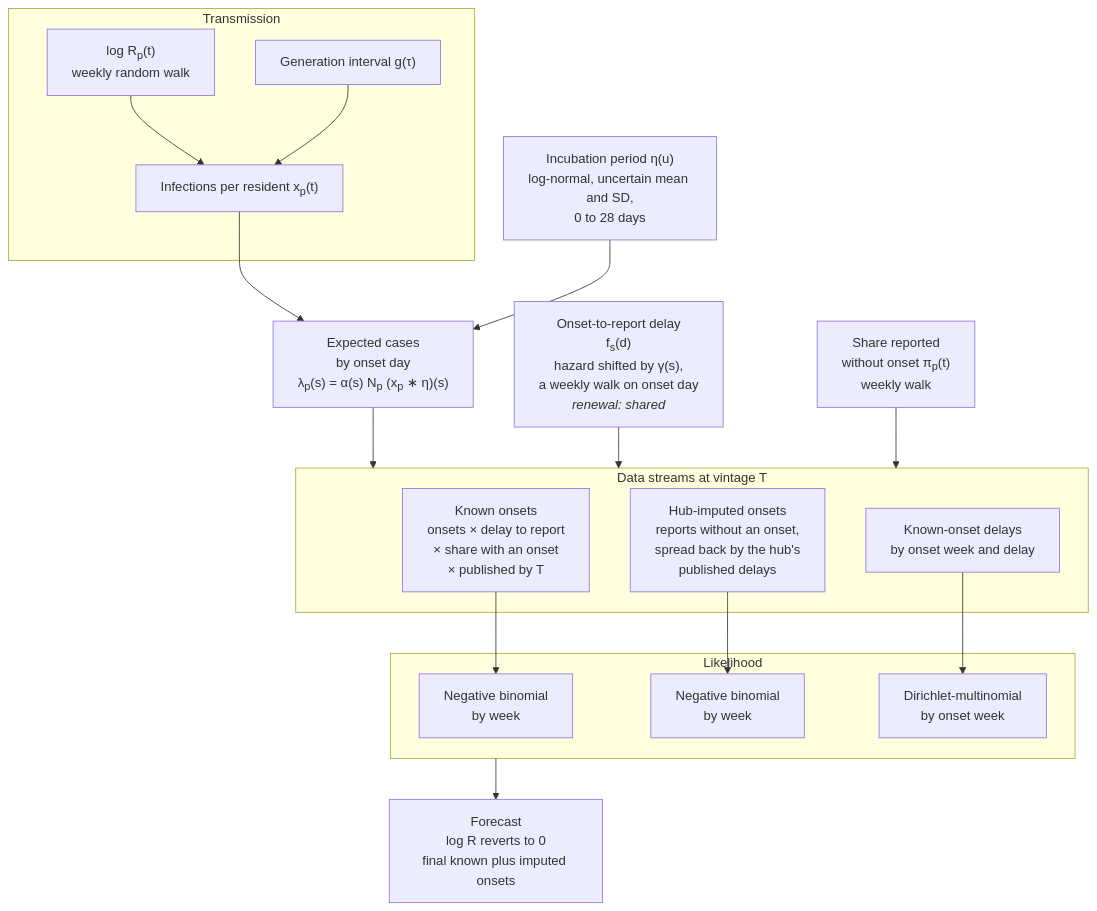
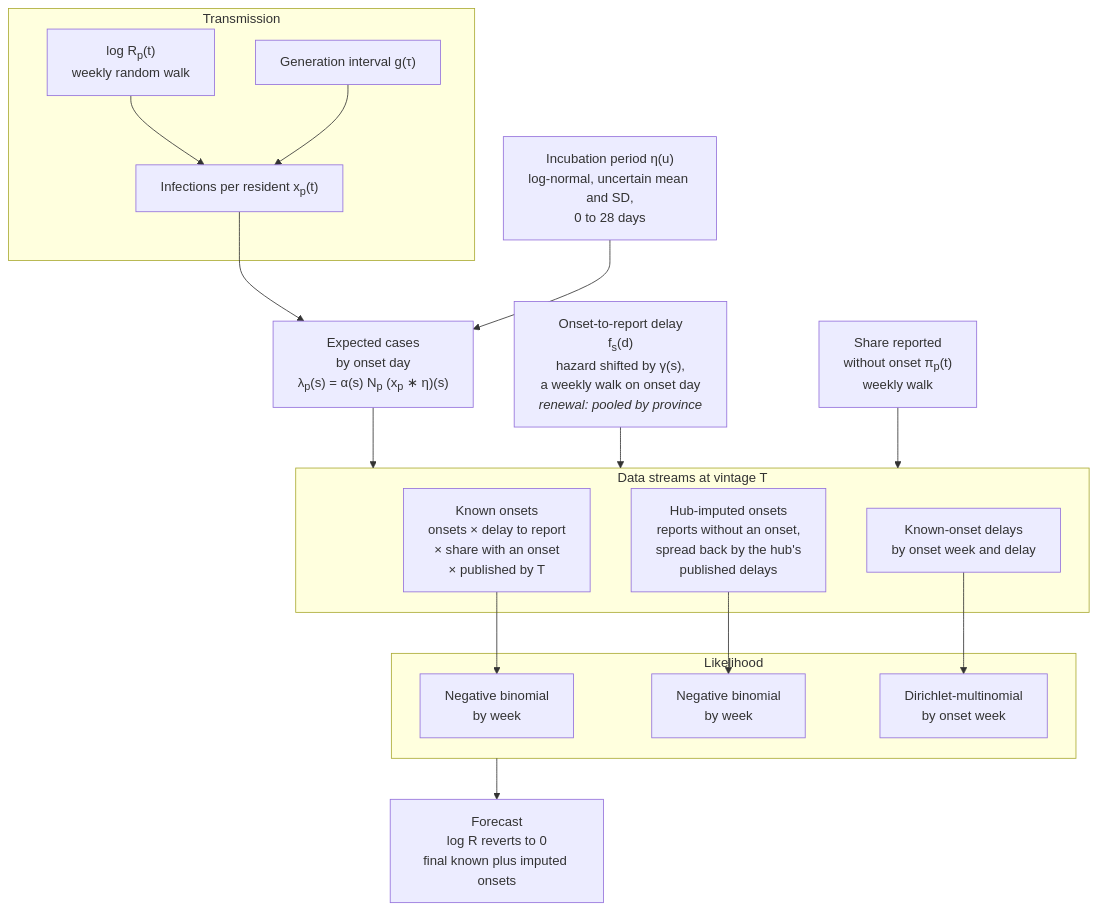
Before and after one commit to seabbs/BDBVHubRenewal: the second of 4 diagrams in docs/methods/model.md, drawn with Mermaid. The commit also changed other lines of this file and 8 other files, not shown here.

````diff
--- a/docs/methods/model.md
+++ b/docs/methods/model.md
@@ -33,35 +33,35 @@
 ```mermaid
 flowchart TD
     subgraph TR["Transmission"]
         RT["log R<sub>p</sub>(t)<br/>weekly random walk"]
         GI["Generation interval g(τ)"]
         INF["Infections per resident x<sub>p</sub>(t)"]
     end
     ONS["Expected cases<br/>by onset day<br/>λ<sub>p</sub>(s) = α(s) N<sub>p</sub> (x<sub>p</sub> ∗ η)(s)"]
     INC["Incubation period η(u)<br/>log-normal, uncertain mean and SD,<br/>0 to 28 days"]
-    DEL["Onset-to-report delay<br/>f<sub>s</sub>(d)<br/>hazard shifted by γ(s),<br/>a weekly walk on onset day<br/><i>renewal: shared</i>"]
+    DEL["Onset-to-report delay<br/>f<sub>s</sub>(d)<br/>hazard shifted by γ(s),<br/>a weekly walk on onset day<br/><i>renewal: pooled by province</i>"]
     MISS["Share reported<br/>without onset π<sub>p</sub>(t)<br/>weekly walk"]
     subgraph OB["Data streams at vintage T"]
         KN["Known onsets<br/>onsets × delay to report<br/>× share with an onset<br/>× published by T"]
         IM["Hub-imputed onsets<br/>reports without an onset,<br/>spread back by the hub's<br/>published delays"]
         DC["Known-onset delays<br/>by onset week and delay"]
     end
     subgraph LK["Likelihood"]
         LKN["Negative binomial<br/>by week"]
         LKI["Negative binomial<br/>by week"]
         LKD["Dirichlet-multinomial<br/>by onset week"]
     end
     FC["Forecast<br/>log R reverts to 0<br/>final known plus imputed onsets"]
 
     RT --> INF
     GI --> INF
     INF --> ONS
     INC --> ONS
     ONS --> OB
     DEL --> OB
     MISS --> OB
     KN --> LKN
     IM --> LKI
     DC --> LKD
     LK --> FC
 ```
````
